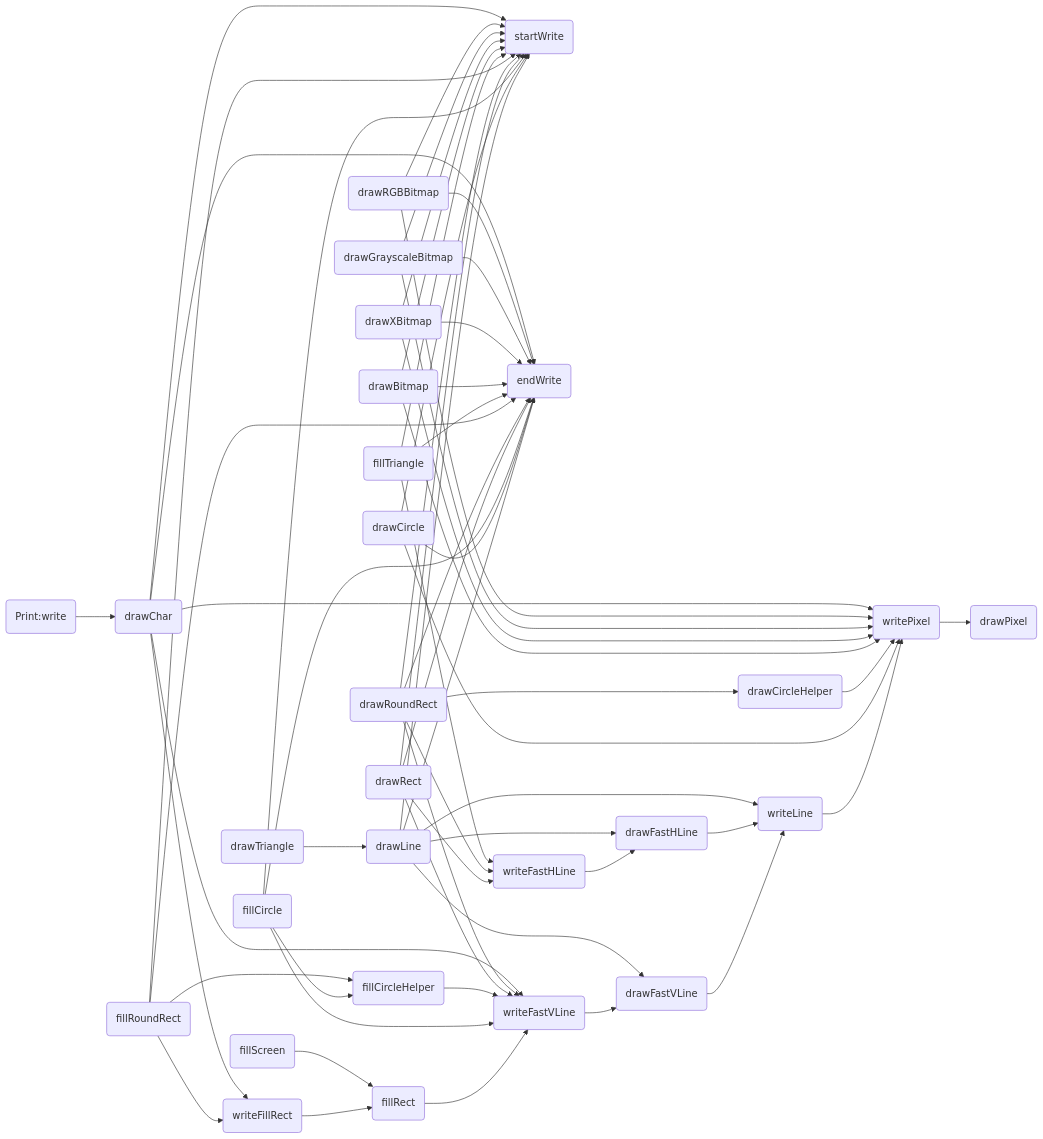
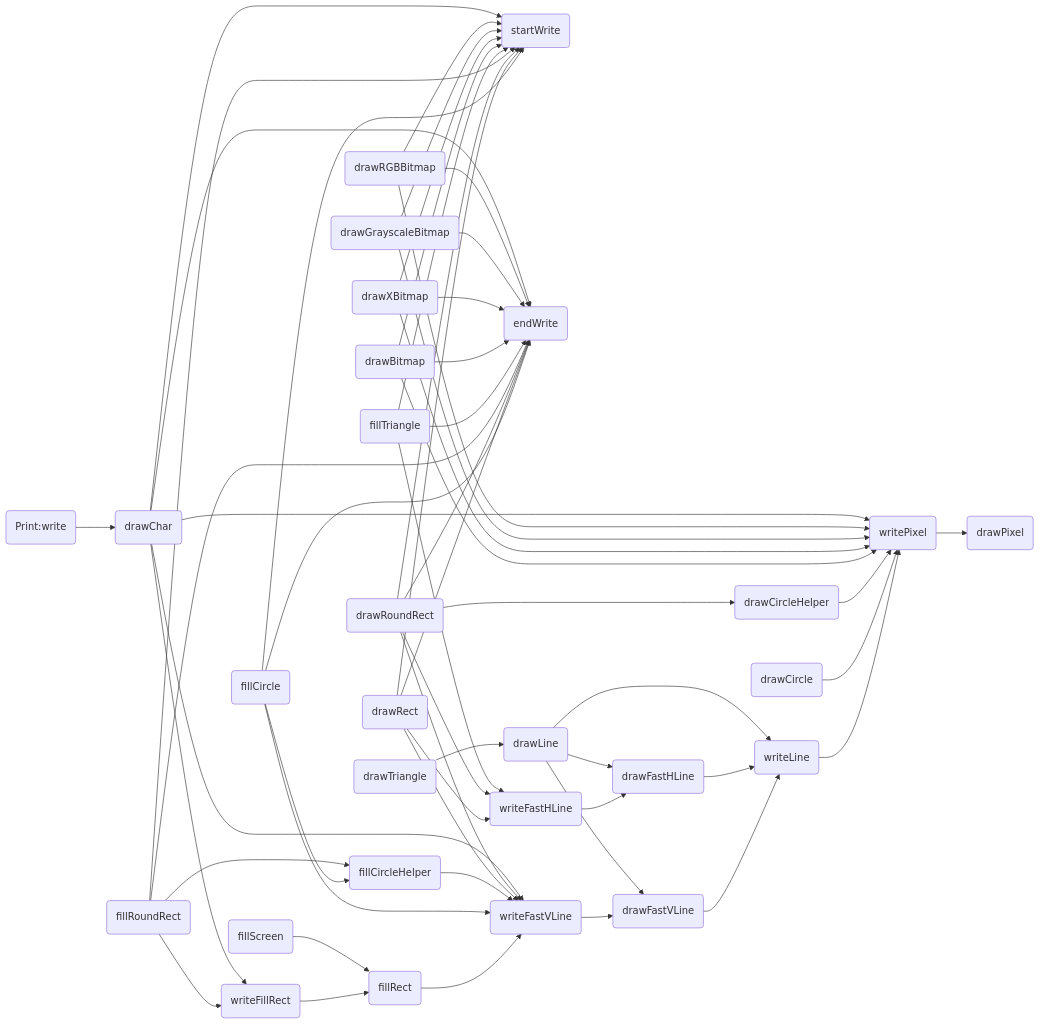
The diagram in all/未命名.md (icodezhanglei/iodraw-files), drawn with Mermaid before and after one commit.

Commit message:
2024-09-13 18:46:26 update

````diff
--- a/all/未命名.md
+++ b/all/未命名.md
@@ -1,61 +1,61 @@
 ```mermaid
 flowchart LR
 
 drawPixel(drawPixel)
 startWrite(startWrite)
 endWrite(endWrite)
 writePixel(writePixel)
 writeFillRect(writeFillRect)
 writeFastVLine(writeFastVLine)
 writeFastHLine(writeFastHLine)
 writeLine(writeLine)
 drawFastVLine(drawFastVLine)
 drawFastHLine(drawFastHLine)
 fillRect(fillRect)
 fillScreen(fillScreen)
 drawLine(drawLine)
 drawRect(drawRect)
 drawCircle(drawCircle)
 drawCircleHelper(drawCircleHelper)
 fillCircle(fillCircle)
 fillCircleHelper(fillCircleHelper)
 drawTriangle(drawTriangle)
 fillTriangle(fillTriangle)
 drawRoundRect(drawRoundRect)
 fillRoundRect(fillRoundRect)
 drawBitmap(drawBitmap)
 drawXBitmap(drawXBitmap)
 drawGrayscaleBitmap(drawGrayscaleBitmap)
 drawRGBBitmap(drawRGBBitmap)
 drawChar(drawChar)
 write(Print:write)
 
 
 writeLine --> writePixel --> drawPixel
 
 writeFastVLine --> drawFastVLine
 drawFastVLine --> writeLine
 
 writeFastHLine --> drawFastHLine
 drawFastHLine --> writeLine
 
 writeFillRect --> fillRect --> writeFastVLine
 
 fillScreen --> fillRect
-drawLine --> drawFastVLine & drawFastHLine & startWrite & endWrite & writeLine
-drawCircle --> startWrite & endWrite & writePixel
+drawLine --> drawFastVLine & drawFastHLine &  writeLine
+drawCircle -->  writePixel
 drawCircleHelper --> writePixel
 fillCircle --> startWrite & endWrite & writeFastVLine & fillCircleHelper
 fillCircleHelper --> writeFastVLine
 drawRect --> startWrite & endWrite & writeFastHLine & writeFastVLine
 drawRoundRect --> startWrite & endWrite & writeFastHLine & writeFastVLine & drawCircleHelper
 fillRoundRect --> startWrite & endWrite & writeFillRect & fillCircleHelper
 drawTriangle --> drawLine
 fillTriangle --> startWrite & endWrite & writeFastHLine
 drawBitmap --> startWrite & endWrite & writePixel
 drawXBitmap --> startWrite & endWrite & writePixel
 drawGrayscaleBitmap --> startWrite & endWrite & writePixel
 drawRGBBitmap --> startWrite & endWrite & writePixel
 drawChar --> startWrite & endWrite & writePixel & writeFillRect & writeFastVLine
 write --> drawChar
 ```
````
